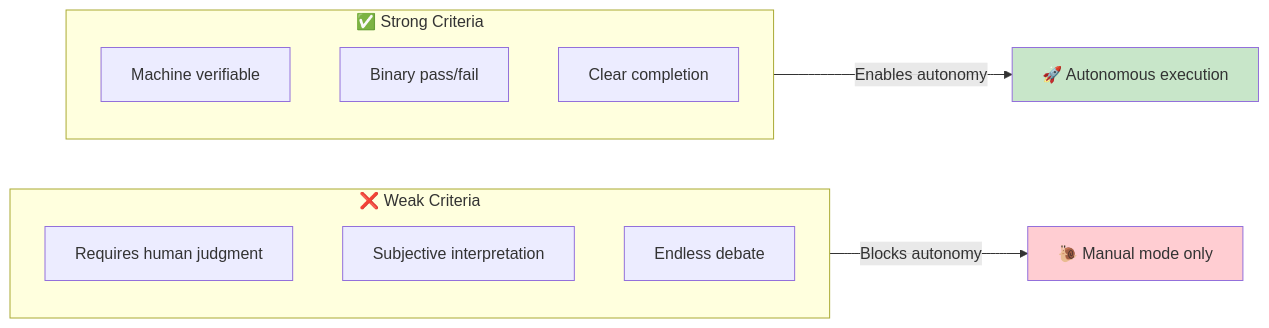
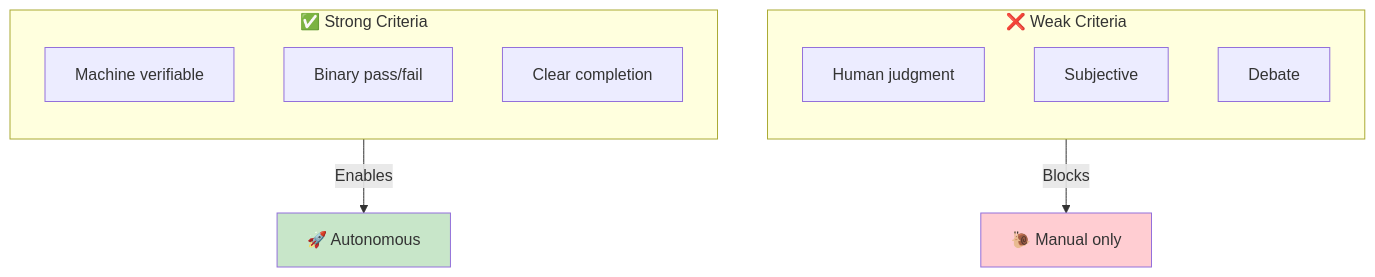
The diagram in website/content/papers/ai-dlc-2026/runbooks/skills/writing-completion-criteria.md (TheBushidoCollective/han), drawn with Mermaid before and after one commit. The commit also changed 21 other files, not shown here.

First line of the commit message:
fix(website): convert all AI-DLC runbook Mermaid diagrams to TB layout

````diff
--- a/website/content/papers/ai-dlc-2026/runbooks/skills/writing-completion-criteria.md
+++ b/website/content/papers/ai-dlc-2026/runbooks/skills/writing-completion-criteria.md
@@ -9,20 +9,23 @@
 ```mermaid
-flowchart LR
+flowchart TB
     subgraph Bad["❌ Weak Criteria"]
-        B1["Requires human judgment"]
-        B2["Subjective interpretation"]
-        B3["Endless debate"]
+        direction TB
+        B1["Human judgment"]
+        B2["Subjective"]
+        B3["Debate"]
     end
 
+    Bad -->|"Blocks"| Manual[🐌 Manual only]
+
     subgraph Good["✅ Strong Criteria"]
+        direction TB
         G1["Machine verifiable"]
         G2["Binary pass/fail"]
         G3["Clear completion"]
     end
 
-    Bad -->|"Blocks autonomy"| Manual[🐌 Manual mode only]
-    Good -->|"Enables autonomy"| Auto[🚀 Autonomous execution]
+    Good -->|"Enables"| Auto[🚀 Autonomous]
 
     style Manual fill:#ffcdd2
     style Auto fill:#c8e6c9
 ```
````
